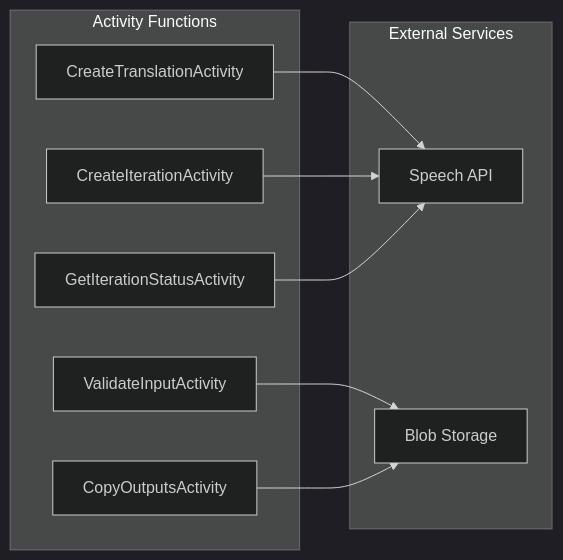
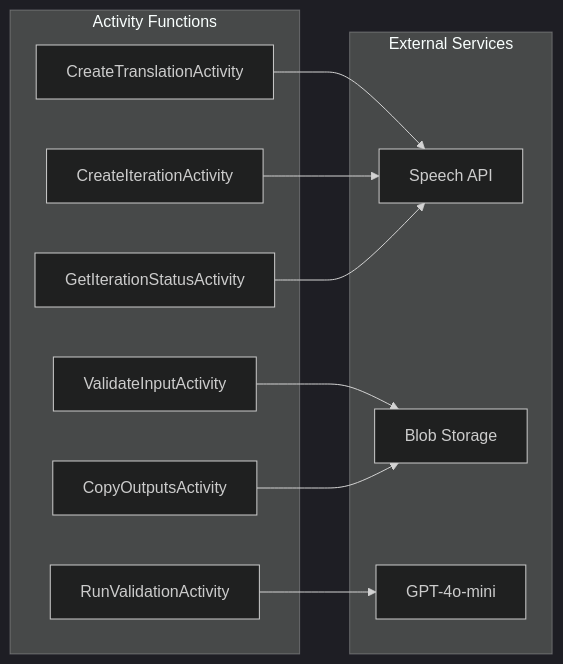
One commit to haslam93/FY26AMA-Capstone-AI-Video-Translation changed the fourth of 14 diagrams in docs/architecture.md. Above: the diagram before and after it, drawn with Mermaid (dark theme). The commit also changed other lines of this file and 4 other files, not shown here.

````diff
--- a/docs/architecture.md
+++ b/docs/architecture.md
@@ -199,21 +225,24 @@
 ```mermaid
 graph LR
     subgraph "Activity Functions"
         V[ValidateInputActivity]
         CT[CreateTranslationActivity]
         CI[CreateIterationActivity]
         GS[GetIterationStatusActivity]
         CO[CopyOutputsActivity]
+        RV[RunValidationActivity]
     end
     
     subgraph "External Services"
         Speech[Speech API]
         Blob[Blob Storage]
+        GPT[GPT-4o-mini]
     end
     
     V --> Blob
     CT --> Speech
     CI --> Speech
     GS --> Speech
     CO --> Blob
+    RV --> GPT
 ```
````
